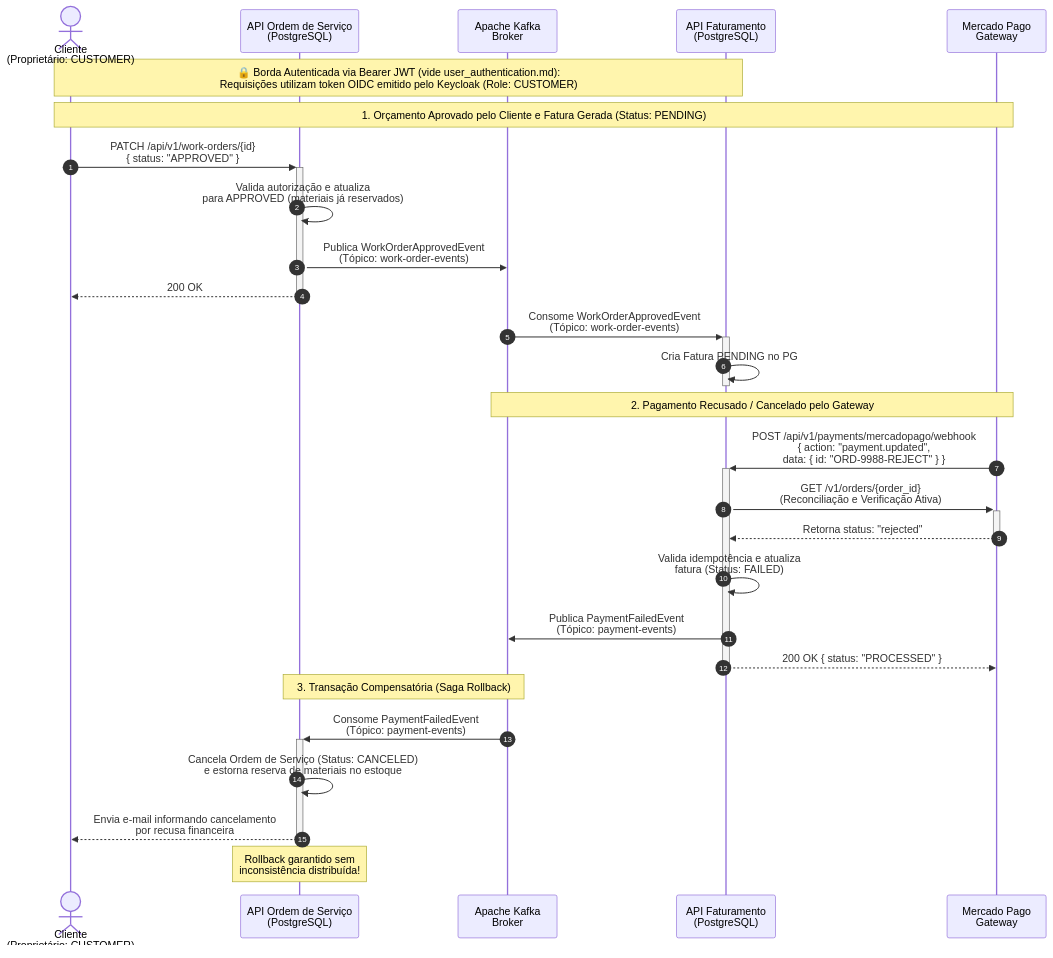
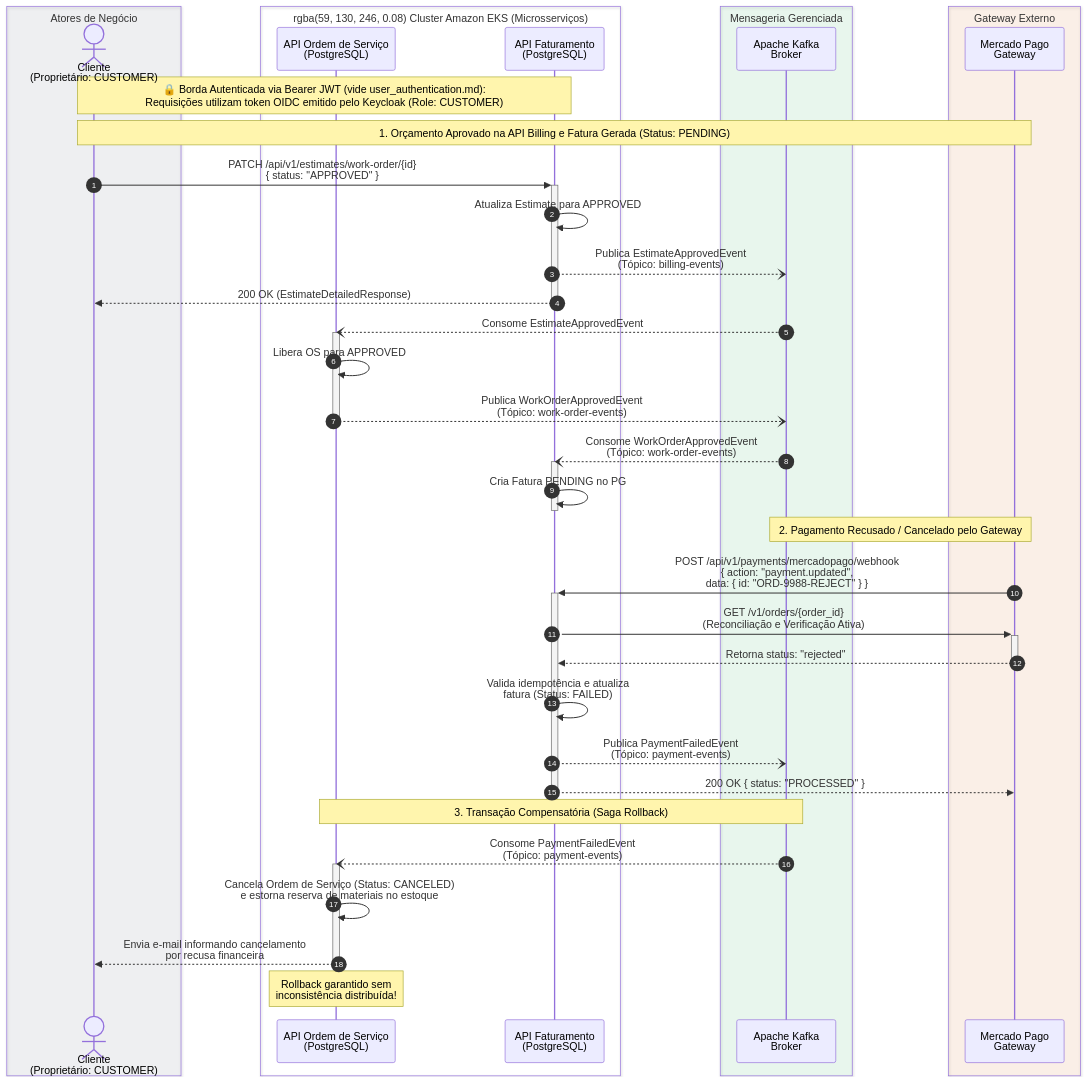
One commit to rodsordi/15soat-phase4-e2e changed the second of 4 diagrams in src/test/resources/features/saga/choreographed_saga.md. Above: the diagram before and after it, drawn with Mermaid. The commit also changed other lines of this file and 19 other files, not shown here.

Commit message:
feat(e2e): update sequence diagrams, estimate lifecycle features and step definitions

````diff
--- a/src/test/resources/features/saga/choreographed_saga.md
+++ b/src/test/resources/features/saga/choreographed_saga.md
@@ -105,35 +101,50 @@
 ```mermaid
 sequenceDiagram
     autonumber
-    actor Cliente as Cliente<br/>(Proprietário: CUSTOMER)
-    participant OS as API Ordem de Serviço<br/>(PostgreSQL)
-    participant Kafka as Apache Kafka<br/>Broker
-    participant Billing as API Faturamento<br/>(PostgreSQL)
-    participant MP as Mercado Pago<br/>Gateway
+    box rgba(100, 116, 139, 0.08) Atores de Negócio
+        actor Cliente as Cliente<br/>(Proprietário: CUSTOMER)
+    end
+    box rgba(59, 130, 246, 0.08) Cluster Amazon EKS (Microsserviços)
+        participant OS as API Ordem de Serviço<br/>(PostgreSQL)
+        participant Billing as API Faturamento<br/>(PostgreSQL)
+    end
+    box rgba(34, 197, 94, 0.08) Mensageria Gerenciada
+        participant Kafka as Apache Kafka<br/>Broker
+    end
+    box rgba(249, 115, 22, 0.08) Gateway Externo
+        participant MP as Mercado Pago<br/>Gateway
+    end
 
     Note over Cliente,Billing: 🔒 Borda Autenticada via Bearer JWT (vide user_authentication.md):<br/>Requisições utilizam token OIDC emitido pelo Keycloak (Role: CUSTOMER)
 
-    Note over Cliente,MP: 1. Orçamento Aprovado pelo Cliente e Fatura Gerada (Status: PENDING)
-    Cliente->>+OS: PATCH /api/v1/work-orders/{id}<br/>{ status: "APPROVED" }
-    OS->>OS: Valida autorização e atualiza<br/>para APPROVED (materiais já reservados)
-    OS->>Kafka: Publica WorkOrderApprovedEvent<br/>(Tópico: work-order-events)
-    OS-->>-Cliente: 200 OK
-    Kafka->>+Billing: Consome WorkOrderApprovedEvent<br/>(Tópico: work-order-events)
+    Note over Cliente,MP: 1. Orçamento Aprovado na API Billing e Fatura Gerada (Status: PENDING)
+    Cliente->>+Billing: PATCH /api/v1/estimates/work-order/{id}<br/>{ status: "APPROVED" }
+    Billing->>Billing: Atualiza Estimate para APPROVED
+    Billing--)Kafka: Publica EstimateApprovedEvent<br/>(Tópico: billing-events)
+    Billing-->>-Cliente: 200 OK (EstimateDetailedResponse)
+    Kafka--)OS: Consome EstimateApprovedEvent
+    activate OS
+    OS->>OS: Libera OS para APPROVED
+    OS--)Kafka: Publica WorkOrderApprovedEvent<br/>(Tópico: work-order-events)
+    deactivate OS
+    Kafka--)Billing: Consome WorkOrderApprovedEvent<br/>(Tópico: work-order-events)
+    activate Billing
     Billing->>Billing: Cria Fatura PENDING no PG
     deactivate Billing
 
     Note over MP,Kafka: 2. Pagamento Recusado / Cancelado pelo Gateway
     MP->>+Billing: POST /api/v1/payments/mercadopago/webhook<br/>{ action: "payment.updated",<br/>  data: { id: "ORD-9988-REJECT" } }
     Billing->>+MP: GET /v1/orders/{order_id}<br/>(Reconciliação e Verificação Ativa)
     MP-->>-Billing: Retorna status: "rejected"
     Billing->>Billing: Valida idempotência e atualiza<br/>fatura (Status: FAILED)
-    Billing->>Kafka: Publica PaymentFailedEvent<br/>(Tópico: payment-events)
+    Billing--)Kafka: Publica PaymentFailedEvent<br/>(Tópico: payment-events)
     Billing-->>-MP: 200 OK { status: "PROCESSED" }
 
     Note over Kafka,OS: 3. Transação Compensatória (Saga Rollback)
-    Kafka->>+OS: Consome PaymentFailedEvent<br/>(Tópico: payment-events)
+    Kafka--)OS: Consome PaymentFailedEvent<br/>(Tópico: payment-events)
+    activate OS
     OS->>OS: Cancela Ordem de Serviço (Status: CANCELED)<br/>e estorna reserva de materiais no estoque
     OS-->>Cliente: Envia e-mail informando cancelamento<br/>por recusa financeira
     deactivate OS
     Note over OS: Rollback garantido sem<br/>inconsistência distribuída!
 ```
````
